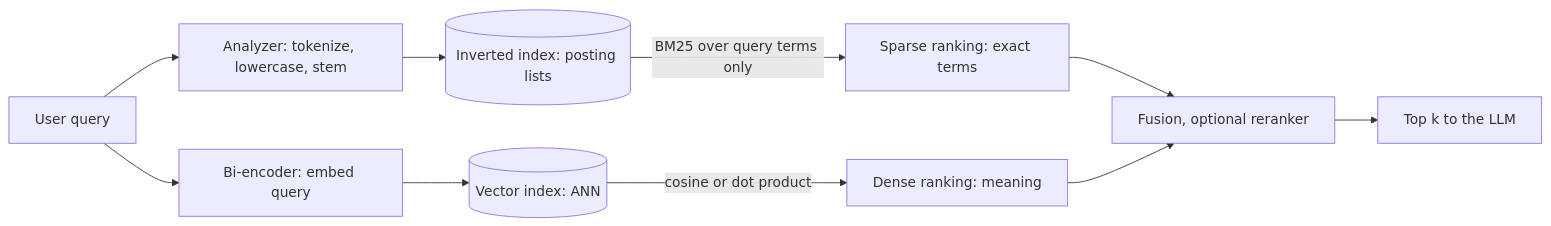
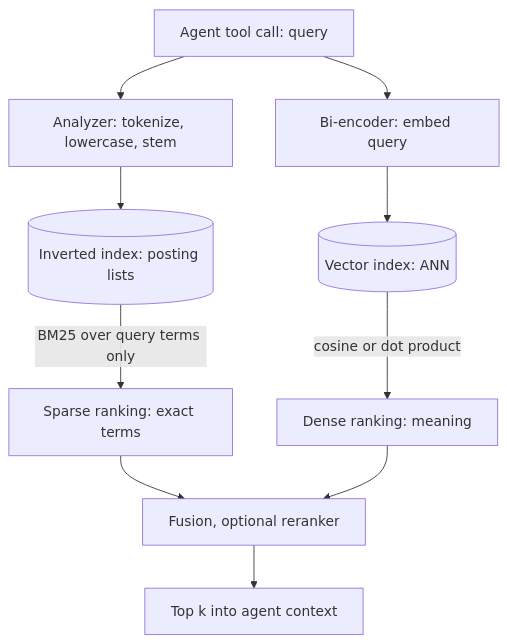
The diagram in content/rag-retrieval/dense-vs-sparse-retrieval.md (lovishmahajan97/agentic-learning), drawn with Mermaid before and after one commit. The commit also changed other lines of this file and 266 other files, not shown here.

````diff
--- a/content/rag-retrieval/dense-vs-sparse-retrieval.md
+++ b/content/rag-retrieval/dense-vs-sparse-retrieval.md
@@ -132,12 +158,12 @@
 ```mermaid
-flowchart LR
-    Q["User query"] --> AN["Analyzer: tokenize, lowercase, stem"]
+flowchart TD
+    Q["Agent tool call: query"] --> AN["Analyzer: tokenize, lowercase, stem"]
     Q --> EN["Bi-encoder: embed query"]
     AN --> PL[("Inverted index: posting lists")]
     PL -->|"BM25 over query terms only"| S["Sparse ranking: exact terms"]
     EN --> VX[("Vector index: ANN")]
     VX -->|"cosine or dot product"| D["Dense ranking: meaning"]
     S --> F["Fusion, optional reranker"]
     D --> F
-    F --> K["Top k to the LLM"]
+    F --> K["Top k into agent context"]
 ```
````
